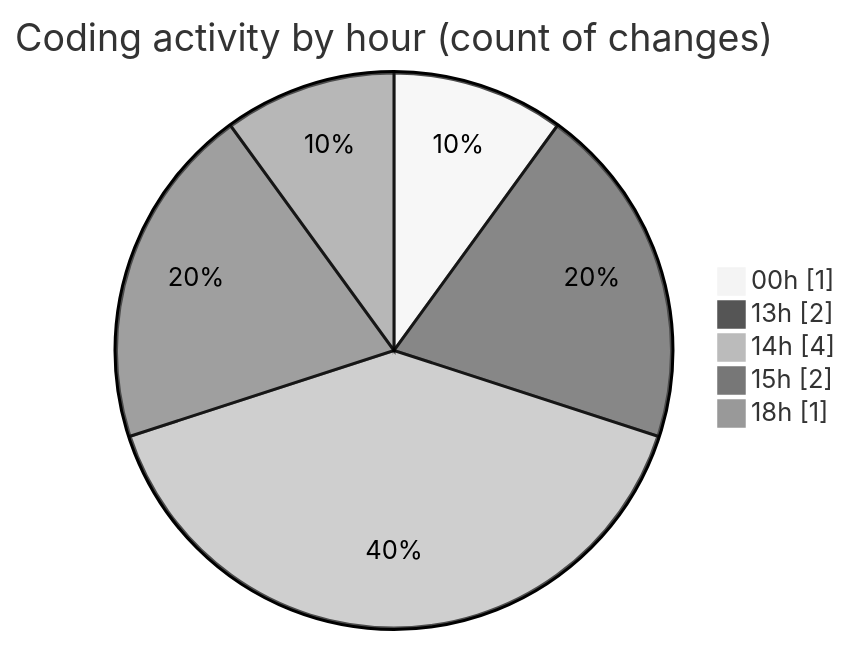
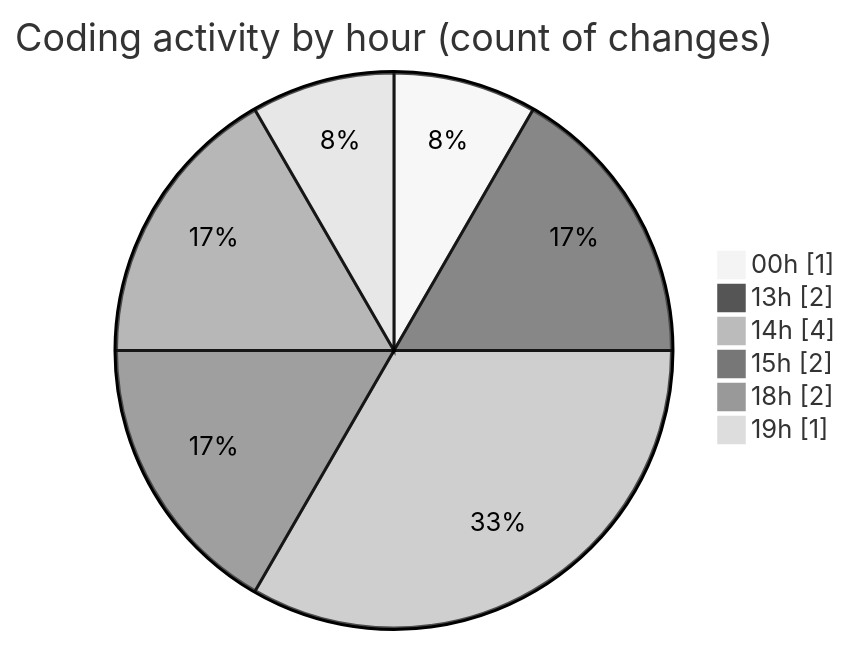
The second of 2 diagrams in 2025-11-26/cdp_aleoudev_fr__workspace_/README.md (julien-gomy/code-tracking), drawn with Mermaid (neutral theme) before and after one commit. The commit also changed other lines of this file and 1 other file, not shown here.

````diff
--- a/2025-11-26/cdp_aleoudev_fr__workspace_/README.md
+++ b/2025-11-26/cdp_aleoudev_fr__workspace_/README.md
@@ -31,9 +31,10 @@
 ```mermaid
 pie showData
 title Coding activity by hour (count of changes)
 "00h" : 1
 "13h" : 2
 "14h" : 4
 "15h" : 2
-"18h" : 1
+"18h" : 2
+"19h" : 1
 ```
````
